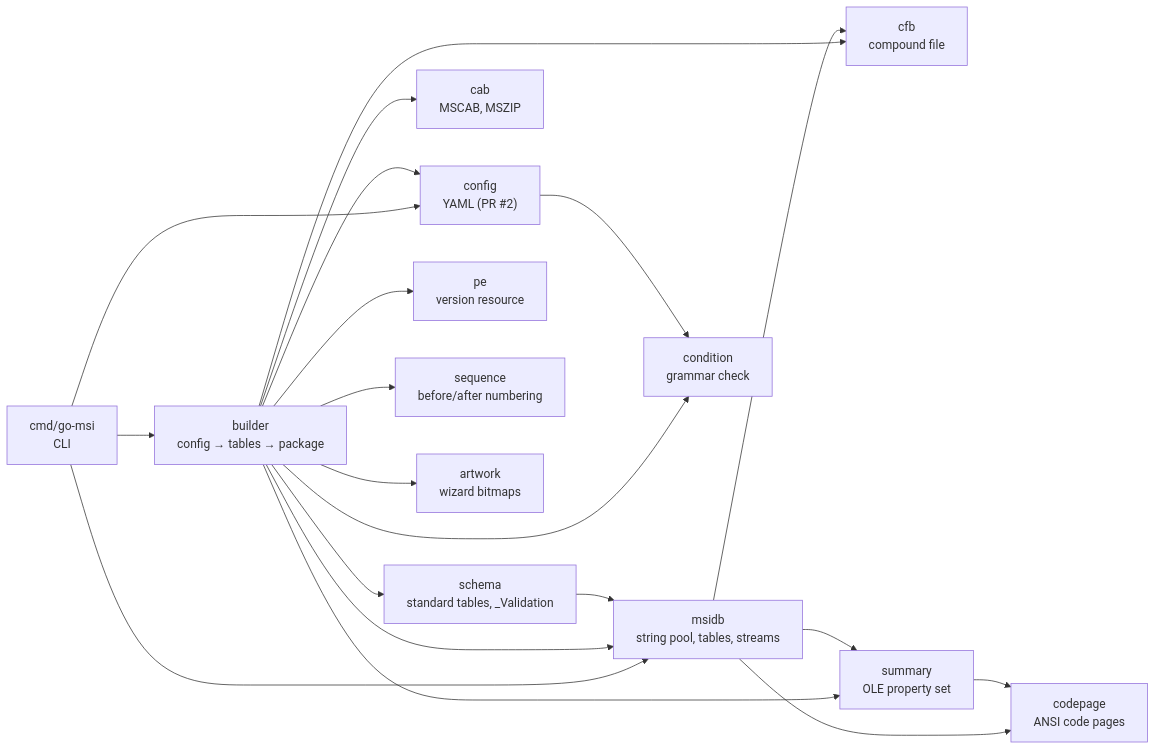
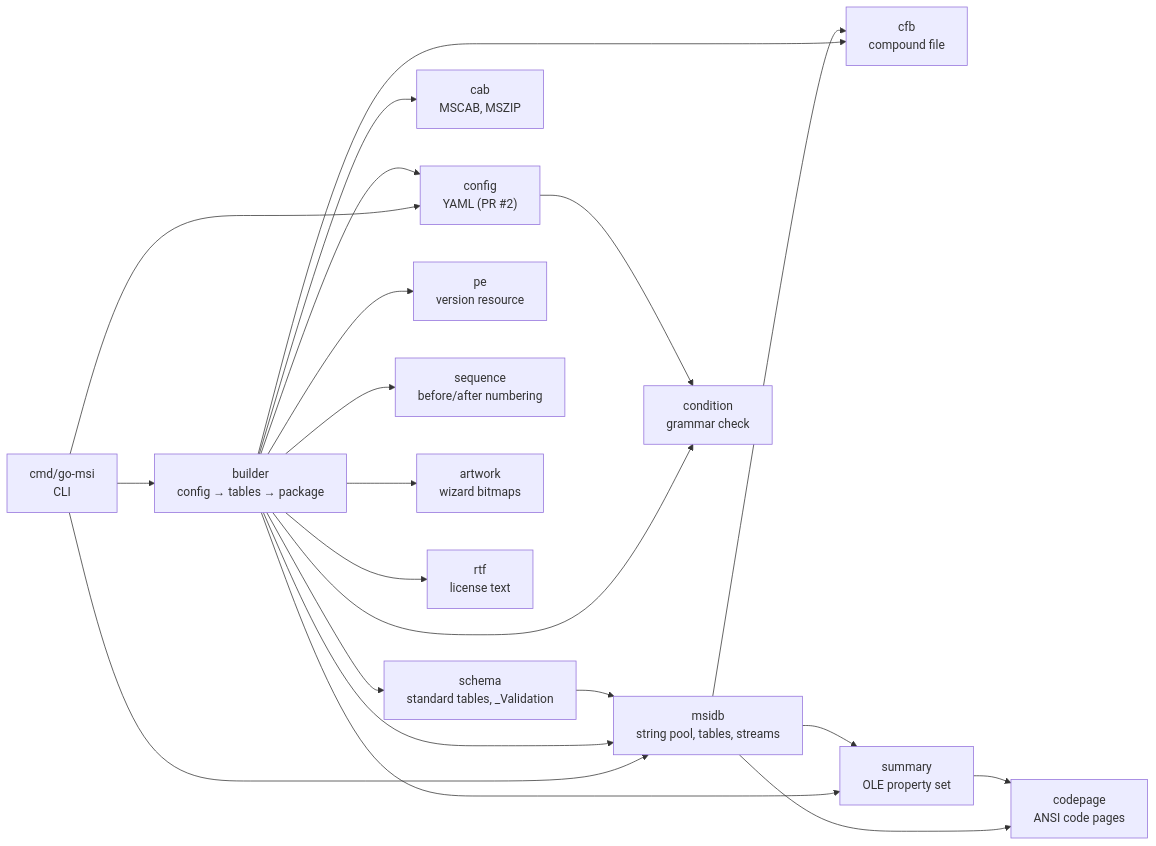
The diagram in docs/design/architecture.md (jkroepke/go-msi), drawn with Mermaid before and after one commit. The commit also changed other lines of this file and 19 other files, not shown here.

````diff
--- a/docs/design/architecture.md
+++ b/docs/design/architecture.md
@@ -26,29 +26,31 @@
 ```mermaid
 flowchart LR
     cmd["cmd/go-msi<br/>CLI"] --> builder
     cmd --> config
     cmd --> msidb
     builder["builder<br/>config → tables → package"] --> config
     builder --> msidb
     builder --> cab
     builder --> cfb
     builder --> schema
     builder --> pe
     builder --> condition
     builder --> sequence
     builder --> summary
     builder --> artwork
+    builder --> rtf
     msidb["msidb<br/>string pool, tables, streams"] --> cfb
     msidb --> summary
     msidb --> codepage
     summary["summary<br/>OLE property set"] --> codepage
     codepage["codepage<br/>ANSI code pages"]
     artwork["artwork<br/>wizard bitmaps"]
+    rtf["rtf<br/>license text"]
     cfb["cfb<br/>compound file"]
     cab["cab<br/>MSCAB, MSZIP"]
     schema["schema<br/>standard tables, _Validation"] --> msidb
     pe["pe<br/>version resource"]
     condition["condition<br/>grammar check"]
     sequence["sequence<br/>before/after numbering"]
     config["config<br/>YAML (PR #2)"] --> condition
 ```
````
